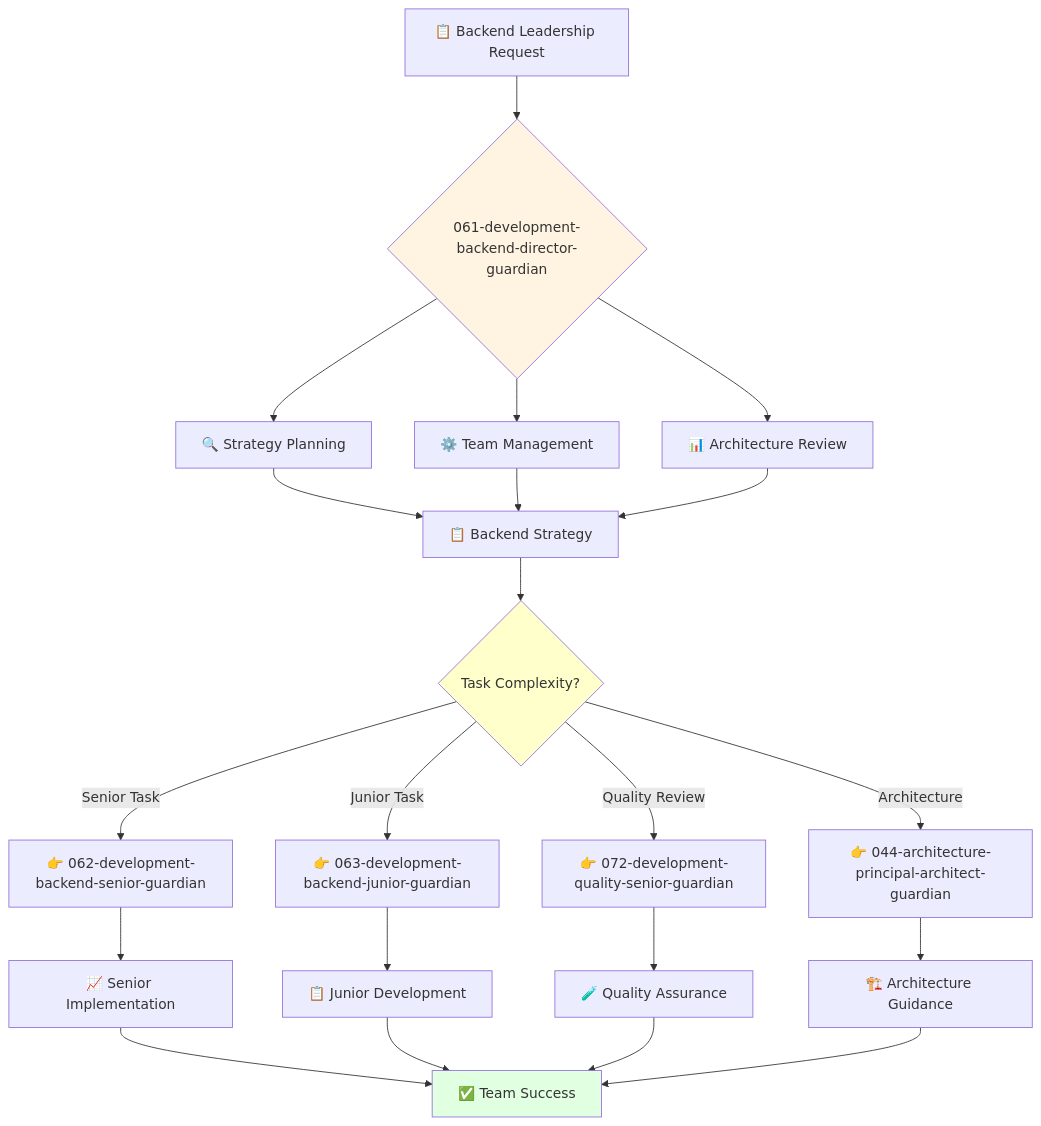
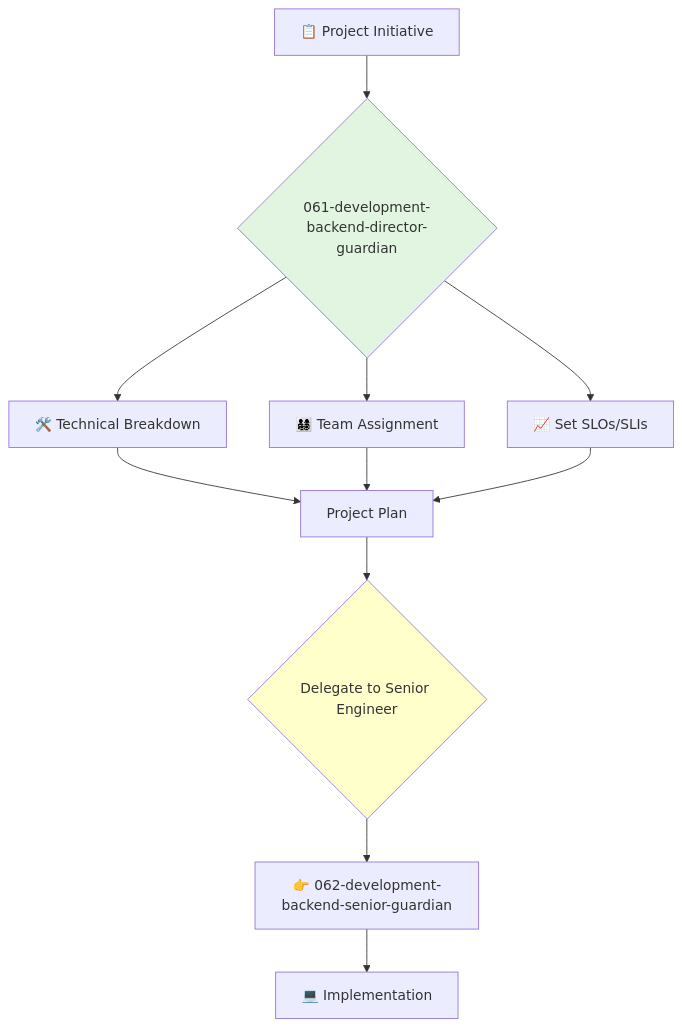
The diagram in 2-engineering/2-software-engineering/2-backend-engineering/061-development-backend-director-guardian.md (kairin/claude-guardian-agents), drawn with Mermaid before and after one commit. The commit also changed other lines of this file and 42 other files, not shown here.

````diff
--- a/2-engineering/2-software-engineering/2-backend-engineering/061-development-backend-director-guardian.md
+++ b/2-engineering/2-software-engineering/2-backend-engineering/061-development-backend-director-guardian.md
@@ -59,31 +73,19 @@
 ```mermaid
 flowchart TD
-    A[📋 Backend Leadership Request] --> B{061-development-backend-director-guardian}
-    B --> C[🔍 Strategy Planning]
-    B --> D[⚙️ Team Management]  
-    B --> E[📊 Architecture Review]
-    
-    C --> F[📋 Backend Strategy]
+    A[📋 Project Initiative] --> B{061-development-backend-director-guardian}
+    B --> C[🛠️ Technical Breakdown]
+    B --> D[👨‍👩‍👧‍👦 Team Assignment]
+    B --> E[📈 Set SLOs/SLIs]
+
+    C --> F[Project Plan]
     D --> F
     E --> F
-    
-    F --> G{Task Complexity?}
-    G -->|Senior Task| H[👉 062-development-backend-senior-guardian]
-    G -->|Junior Task| I[👉 063-development-backend-junior-guardian]
-    G -->|Quality Review| J[👉 072-development-quality-senior-guardian]
-    G -->|Architecture| K[👉 044-architecture-principal-architect-guardian]
-    
-    H --> L[📈 Senior Implementation]
-    I --> M[📋 Junior Development]
-    J --> N[🧪 Quality Assurance]
-    K --> O[🏗️ Architecture Guidance]
-    
-    L --> P[✅ Team Success]
-    M --> P
-    N --> P
-    O --> P
-    
-    style B fill:#fff4e1
+
+    F --> G{Delegate to Senior Engineer}
+    G --> H[👉 062-development-backend-senior-guardian]
+
+    H --> I[💻 Implementation]
+
+    style B fill:#e1f5e1
     style G fill:#ffffcc
-    style P fill:#e1ffe1
 ```
````
